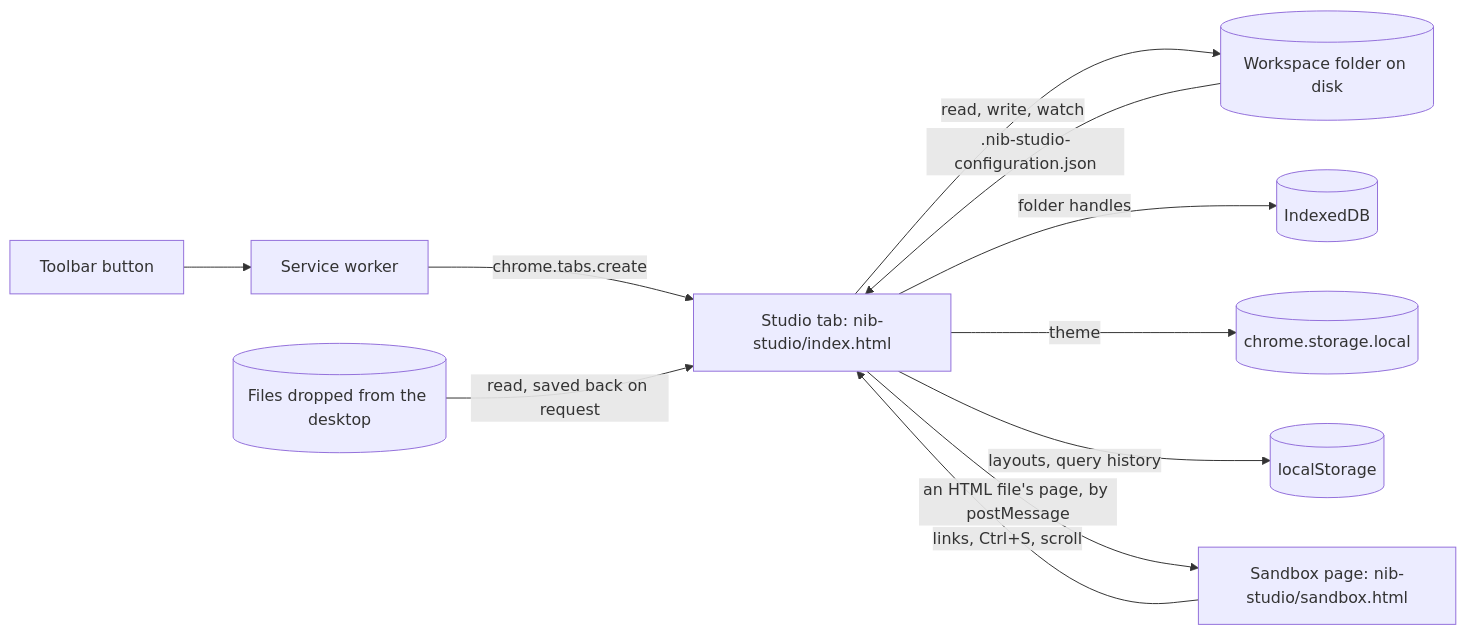
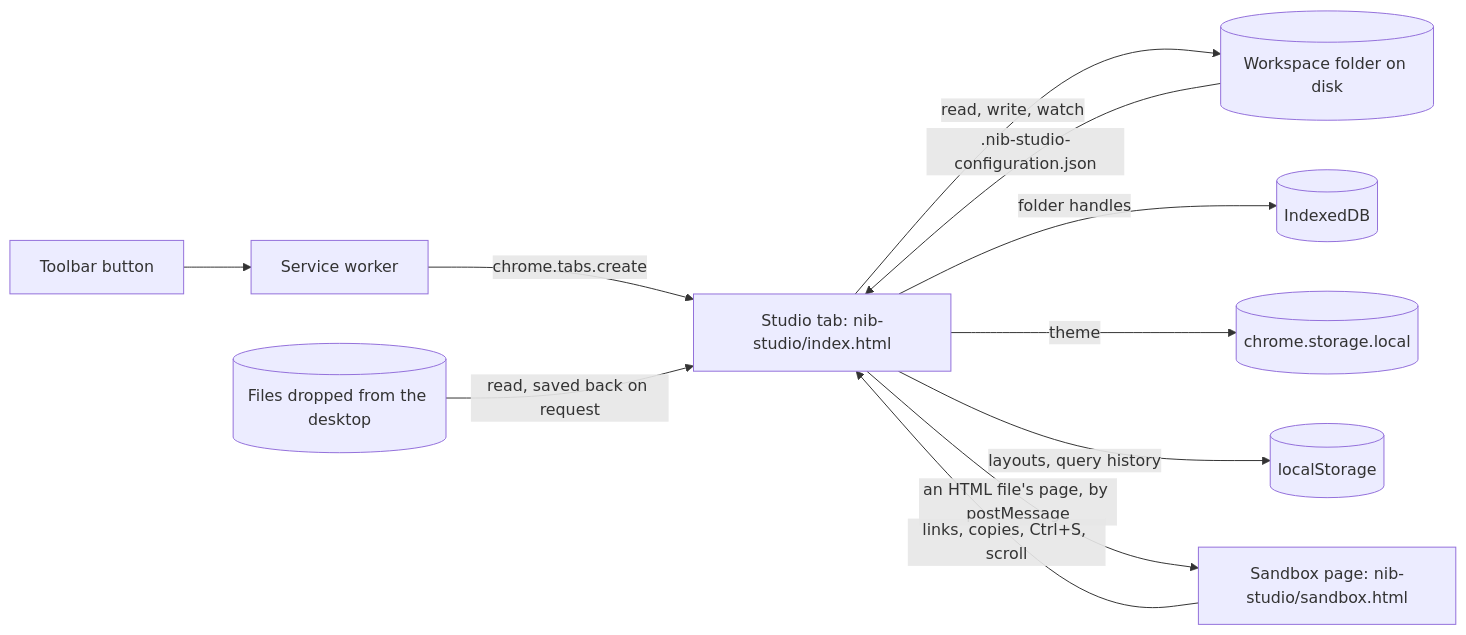
One commit to efthymios-ks/nib-studio-chrome-extension changed the first of 3 diagrams in docs/Overview.md. Above: the diagram before and after it, drawn with Mermaid. The commit also changed other lines of this file and 39 other files, not shown here.

````diff
--- a/docs/Overview.md
+++ b/docs/Overview.md
@@ -13,13 +13,13 @@
 ```mermaid
 flowchart LR
     action["Toolbar button"] --> worker["Service worker"]
     worker -- "chrome.tabs.create" --> studio["Studio tab: nib-studio/index.html"]
     studio -- "read, write, watch" --> folder[("Workspace folder on disk")]
     studio -- "folder handles" --> idb[("IndexedDB")]
     studio -- "theme" --> storage[("chrome.storage.local")]
     studio -- "layouts, query history" --> local[("localStorage")]
     folder -- ".nib-studio-configuration.json" --> studio
     dropped[("Files dropped from the desktop")] -- "read, saved back on request" --> studio
     studio -- "an HTML file's page, by postMessage" --> sandbox["Sandbox page: nib-studio/sandbox.html"]
-    sandbox -- "links, Ctrl+S, scroll" --> studio
+    sandbox -- "links, copies, Ctrl+S, scroll" --> studio
 ```
````
